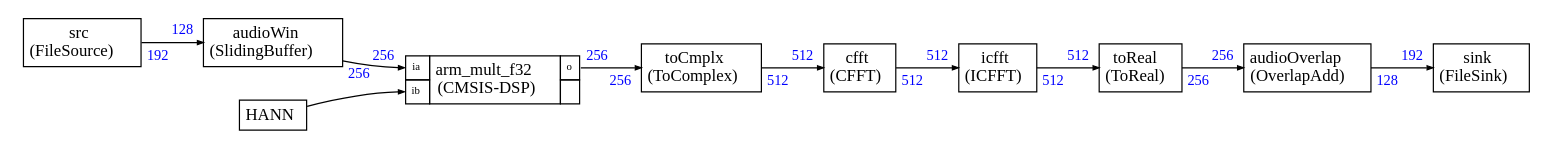
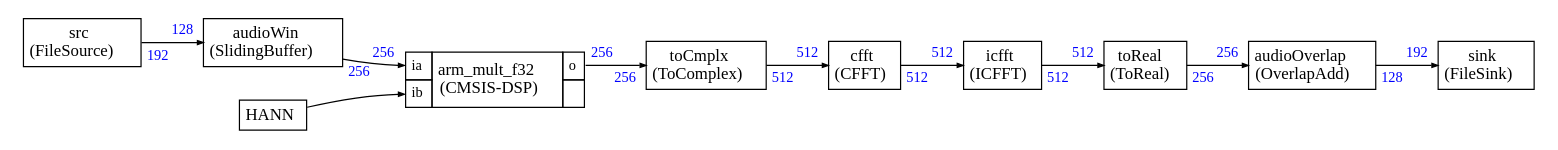
Before and after one commit to ARM-software/CMSIS-Stream: the diagram in Examples/example3/pre_schedule_test.dot, drawn with Graphviz. The commit also changed 200 other files, not shown here.

First line of the commit message:
Preliminary work on graph styling

```diff
--- a/Examples/example3/pre_schedule_test.dot
+++ b/Examples/example3/pre_schedule_test.dot
@@ -1,143 +1,144 @@
 
 
 
 
 digraph structs {
-    node [shape=plaintext]
+    bgcolor = "white"
+    node [shape=plaintext,color="black",fontcolor="black",fontname="Times-Roman"]
     rankdir=LR
-    edge [arrowsize=0.5]
-    fontname="times"
+    edge [arrowsize="0.5",color="black",fontcolor="black",fontname="Times-Roman"]
+
 
 
 src [label=<
-<TABLE BORDER="0" CELLBORDER="1" CELLSPACING="0" CELLPADDING="4">
+<TABLE color="black" bgcolor="none" BORDER="0" CELLBORDER="1" CELLSPACING="0" CELLPADDING="4">
   <TR>
-    <TD ALIGN="CENTER" PORT="i">src<BR/>(FileSource)</TD>
+    <TD ALIGN="CENTER" PORT="i"><FONT COLOR="black" POINT-SIZE="14.0">src<BR/>(FileSource)</FONT></TD>
   </TR>
 </TABLE>>];
 
 audioWin [label=<
-<TABLE BORDER="0" CELLBORDER="1" CELLSPACING="0" CELLPADDING="4">
+<TABLE color="black" bgcolor="none" BORDER="0" CELLBORDER="1" CELLSPACING="0" CELLPADDING="4">
   <TR>
-    <TD ALIGN="CENTER" PORT="i">audioWin<BR/>(SlidingBuffer)</TD>
+    <TD ALIGN="CENTER" PORT="i"><FONT COLOR="black" POINT-SIZE="14.0">audioWin<BR/>(SlidingBuffer)</FONT></TD>
   </TR>
 </TABLE>>];
 
 
 arm_mult_f321 [label=<
-<TABLE BORDER="0" CELLBORDER="1" CELLSPACING="0" CELLPADDING="4">
+<TABLE color="black" bgcolor="none" BORDER="0" CELLBORDER="1" CELLSPACING="0" CELLPADDING="4">
   <TR>
-    <TD PORT="ia"><FONT POINT-SIZE="9.0">ia</FONT></TD>
-    <TD ALIGN="CENTER" ROWSPAN="2">arm_mult_f32<BR/>(CMSIS-DSP)</TD>
-    <TD PORT="o"><FONT POINT-SIZE="9.0">o</FONT></TD>
+    <TD PORT="ia"><FONT POINT-SIZE="12.0" COLOR="black">ia</FONT></TD>
+    <TD ALIGN="CENTER" ROWSPAN="2"><FONT COLOR="black" POINT-SIZE="14.0">arm_mult_f32<BR/>(CMSIS-DSP)</FONT></TD>
+    <TD PORT="o"><FONT POINT-SIZE="12.0" COLOR="black">o</FONT></TD>
   </TR>
 <TR>
-<TD PORT="ib"><FONT POINT-SIZE="9.0">ib</FONT></TD>
+<TD PORT="ib"><FONT POINT-SIZE="12.0" COLOR="black">ib</FONT></TD>
 
  
 <TD></TD></TR>
 
 </TABLE>>];
 
 toCmplx [label=<
-<TABLE BORDER="0" CELLBORDER="1" CELLSPACING="0" CELLPADDING="4">
+<TABLE color="black" bgcolor="none" BORDER="0" CELLBORDER="1" CELLSPACING="0" CELLPADDING="4">
   <TR>
-    <TD ALIGN="CENTER" PORT="i">toCmplx<BR/>(ToComplex)</TD>
+    <TD ALIGN="CENTER" PORT="i"><FONT COLOR="black" POINT-SIZE="14.0">toCmplx<BR/>(ToComplex)</FONT></TD>
   </TR>
 </TABLE>>];
 
 cfft [label=<
-<TABLE BORDER="0" CELLBORDER="1" CELLSPACING="0" CELLPADDING="4">
+<TABLE color="black" bgcolor="none" BORDER="0" CELLBORDER="1" CELLSPACING="0" CELLPADDING="4">
   <TR>
-    <TD ALIGN="CENTER" PORT="i">cfft<BR/>(CFFT)</TD>
+    <TD ALIGN="CENTER" PORT="i"><FONT COLOR="black" POINT-SIZE="14.0">cfft<BR/>(CFFT)</FONT></TD>
   </TR>
 </TABLE>>];
 
 icfft [label=<
-<TABLE BORDER="0" CELLBORDER="1" CELLSPACING="0" CELLPADDING="4">
+<TABLE color="black" bgcolor="none" BORDER="0" CELLBORDER="1" CELLSPACING="0" CELLPADDING="4">
   <TR>
-    <TD ALIGN="CENTER" PORT="i">icfft<BR/>(ICFFT)</TD>
+    <TD ALIGN="CENTER" PORT="i"><FONT COLOR="black" POINT-SIZE="14.0">icfft<BR/>(ICFFT)</FONT></TD>
   </TR>
 </TABLE>>];
 
 toReal [label=<
-<TABLE BORDER="0" CELLBORDER="1" CELLSPACING="0" CELLPADDING="4">
+<TABLE color="black" bgcolor="none" BORDER="0" CELLBORDER="1" CELLSPACING="0" CELLPADDING="4">
   <TR>
-    <TD ALIGN="CENTER" PORT="i">toReal<BR/>(ToReal)</TD>
+    <TD ALIGN="CENTER" PORT="i"><FONT COLOR="black" POINT-SIZE="14.0">toReal<BR/>(ToReal)</FONT></TD>
   </TR>
 </TABLE>>];
 
 audioOverlap [label=<
-<TABLE BORDER="0" CELLBORDER="1" CELLSPACING="0" CELLPADDING="4">
+<TABLE color="black" bgcolor="none" BORDER="0" CELLBORDER="1" CELLSPACING="0" CELLPADDING="4">
   <TR>
-    <TD ALIGN="CENTER" PORT="i">audioOverlap<BR/>(OverlapAdd)</TD>
+    <TD ALIGN="CENTER" PORT="i"><FONT COLOR="black" POINT-SIZE="14.0">audioOverlap<BR/>(OverlapAdd)</FONT></TD>
   </TR>
 </TABLE>>];
 
 sink [label=<
-<TABLE BORDER="0" CELLBORDER="1" CELLSPACING="0" CELLPADDING="4">
+<TABLE color="black" bgcolor="none" BORDER="0" CELLBORDER="1" CELLSPACING="0" CELLPADDING="4">
   <TR>
-    <TD ALIGN="CENTER" PORT="i">sink<BR/>(FileSink)</TD>
+    <TD ALIGN="CENTER" PORT="i"><FONT COLOR="black" POINT-SIZE="14.0">sink<BR/>(FileSink)</FONT></TD>
   </TR>
 </TABLE>>];
 
 
 
-src:i -> audioWin:i [label=""
+src:i -> audioWin:i [style="solid",color="black",label=""
 ,headlabel=<<TABLE BORDER="0" CELLPADDING="2"><TR><TD><FONT COLOR="blue" POINT-SIZE="12.0" >128</FONT>
 </TD></TR></TABLE>>
 ,taillabel=<<TABLE BORDER="0" CELLPADDING="2"><TR><TD><FONT COLOR="blue" POINT-SIZE="12.0" >192</FONT>
 </TD></TR></TABLE>>]
 
-audioWin:i -> arm_mult_f321:ia [label=""
+audioWin:i -> arm_mult_f321:ia [style="solid",color="black",label=""
 ,headlabel=<<TABLE BORDER="0" CELLPADDING="2"><TR><TD><FONT COLOR="blue" POINT-SIZE="12.0" >256</FONT>
 </TD></TR></TABLE>>
 ,taillabel=<<TABLE BORDER="0" CELLPADDING="2"><TR><TD><FONT COLOR="blue" POINT-SIZE="12.0" >256</FONT>
 </TD></TR></TABLE>>]
 
-arm_mult_f321:o -> toCmplx:i [label=""
+arm_mult_f321:o -> toCmplx:i [style="solid",color="black",label=""
 ,headlabel=<<TABLE BORDER="0" CELLPADDING="2"><TR><TD><FONT COLOR="blue" POINT-SIZE="12.0" >256</FONT>
 </TD></TR></TABLE>>
 ,taillabel=<<TABLE BORDER="0" CELLPADDING="2"><TR><TD><FONT COLOR="blue" POINT-SIZE="12.0" >256</FONT>
 </TD></TR></TABLE>>]
 
-toCmplx:i -> cfft:i [label=""
+toCmplx:i -> cfft:i [style="solid",color="black",label=""
 ,headlabel=<<TABLE BORDER="0" CELLPADDING="2"><TR><TD><FONT COLOR="blue" POINT-SIZE="12.0" >512</FONT>
 </TD></TR></TABLE>>
 ,taillabel=<<TABLE BORDER="0" CELLPADDING="2"><TR><TD><FONT COLOR="blue" POINT-SIZE="12.0" >512</FONT>
 </TD></TR></TABLE>>]
 
-cfft:i -> icfft:i [label=""
+cfft:i -> icfft:i [style="solid",color="black",label=""
 ,headlabel=<<TABLE BORDER="0" CELLPADDING="2"><TR><TD><FONT COLOR="blue" POINT-SIZE="12.0" >512</FONT>
 </TD></TR></TABLE>>
 ,taillabel=<<TABLE BORDER="0" CELLPADDING="2"><TR><TD><FONT COLOR="blue" POINT-SIZE="12.0" >512</FONT>
 </TD></TR></TABLE>>]
 
-icfft:i -> toReal:i [label=""
+icfft:i -> toReal:i [style="solid",color="black",label=""
 ,headlabel=<<TABLE BORDER="0" CELLPADDING="2"><TR><TD><FONT COLOR="blue" POINT-SIZE="12.0" >512</FONT>
 </TD></TR></TABLE>>
 ,taillabel=<<TABLE BORDER="0" CELLPADDING="2"><TR><TD><FONT COLOR="blue" POINT-SIZE="12.0" >512</FONT>
 </TD></TR></TABLE>>]
 
-toReal:i -> audioOverlap:i [label=""
+toReal:i -> audioOverlap:i [style="solid",color="black",label=""
 ,headlabel=<<TABLE BORDER="0" CELLPADDING="2"><TR><TD><FONT COLOR="blue" POINT-SIZE="12.0" >256</FONT>
 </TD></TR></TABLE>>
 ,taillabel=<<TABLE BORDER="0" CELLPADDING="2"><TR><TD><FONT COLOR="blue" POINT-SIZE="12.0" >256</FONT>
 </TD></TR></TABLE>>]
 
-audioOverlap:i -> sink:i [label=""
+audioOverlap:i -> sink:i [style="solid",color="black",label=""
 ,headlabel=<<TABLE BORDER="0" CELLPADDING="2"><TR><TD><FONT COLOR="blue" POINT-SIZE="12.0" >192</FONT>
 </TD></TR></TABLE>>
 ,taillabel=<<TABLE BORDER="0" CELLPADDING="2"><TR><TD><FONT COLOR="blue" POINT-SIZE="12.0" >128</FONT>
 </TD></TR></TABLE>>]
 
 HANN [label=<
-<TABLE BORDER="0" CELLBORDER="1" CELLSPACING="0" CELLPADDING="4">
+<TABLE color="black" bgcolor="none" BORDER="0" CELLBORDER="1" CELLSPACING="0" CELLPADDING="4">
   <TR>
-    <TD ALIGN="CENTER" PORT="i">HANN</TD>
+    <TD ALIGN="CENTER" PORT="i"><FONT COLOR="black" POINT-SIZE="14.0">HANN</FONT></TD>
   </TR>
 </TABLE>>];
 
 HANN:i -> arm_mult_f321:ib
-
+ [style="solid",color="black"]
 }
```
